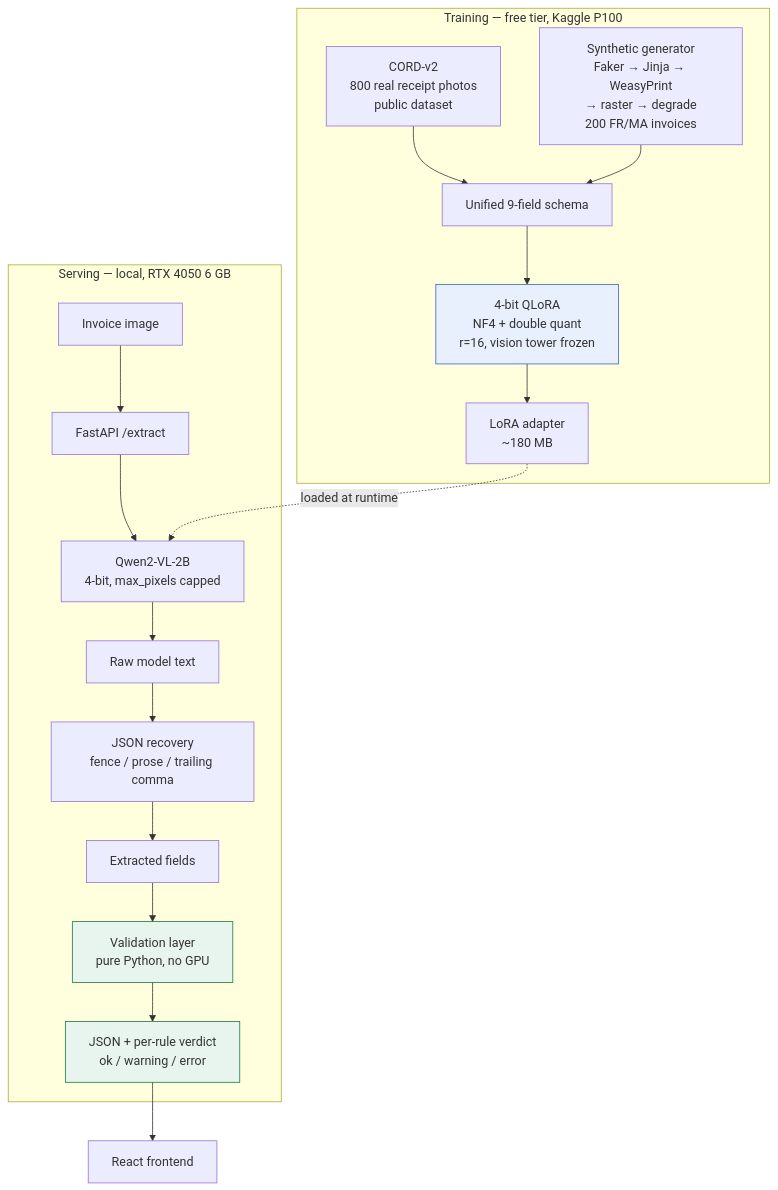
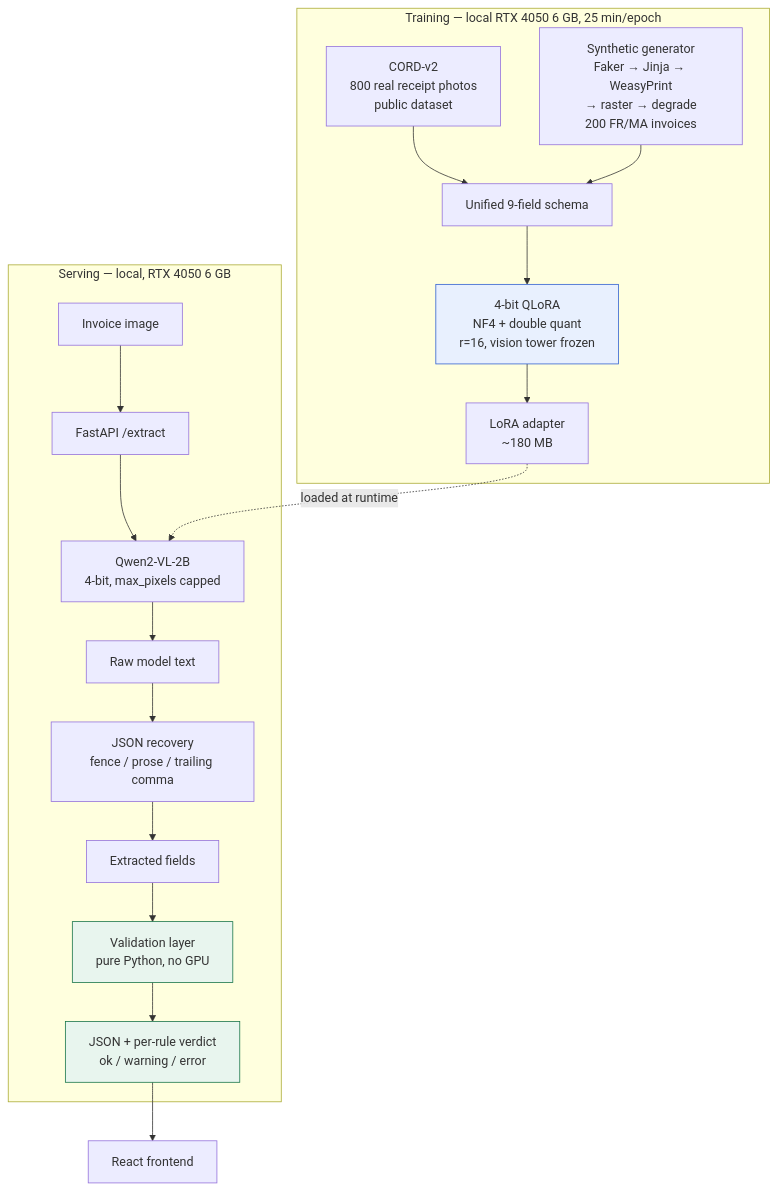
Before and after one commit to Israe236/invoice-extraction: the diagram in README.md, drawn with Mermaid. The commit also changed other lines of this file and 6 other files, not shown here.

````diff
--- a/README.md
+++ b/README.md
@@ -34,28 +34,28 @@
 ```mermaid
 flowchart TB
-    subgraph training ["Training — free tier, Kaggle P100"]
+    subgraph training ["Training — local RTX 4050 6 GB, 25 min/epoch"]
         CORD["CORD-v2<br/>800 real receipt photos<br/>public dataset"]
         SYNTH["Synthetic generator<br/>Faker → Jinja → WeasyPrint<br/>→ raster → degrade<br/>200 FR/MA invoices"]
         CORD --> MIX["Unified 9-field schema"]
         SYNTH --> MIX
         MIX --> QLORA["4-bit QLoRA<br/>NF4 + double quant<br/>r=16, vision tower frozen"]
         QLORA --> ADAPTER["LoRA adapter<br/>~180 MB"]
     end
 
     subgraph serving ["Serving — local, RTX 4050 6 GB"]
         UPLOAD["Invoice image"] --> API["FastAPI /extract"]
         API --> VLM["Qwen2-VL-2B<br/>4-bit, max_pixels capped"]
         ADAPTER -.loaded at runtime.-> VLM
         VLM --> RAW["Raw model text"]
         RAW --> PARSE["JSON recovery<br/>fence / prose / trailing comma"]
         PARSE --> FIELDS["Extracted fields"]
         FIELDS --> RULES["Validation layer<br/>pure Python, no GPU"]
         RULES --> OUT["JSON + per-rule verdict<br/>ok / warning / error"]
     end
 
     OUT --> UI["React frontend"]
 
     style QLORA fill:#e8f0fe,stroke:#2f5fd0
     style RULES fill:#e8f5ee,stroke:#157347
     style OUT fill:#e8f5ee,stroke:#157347
 ```
````
